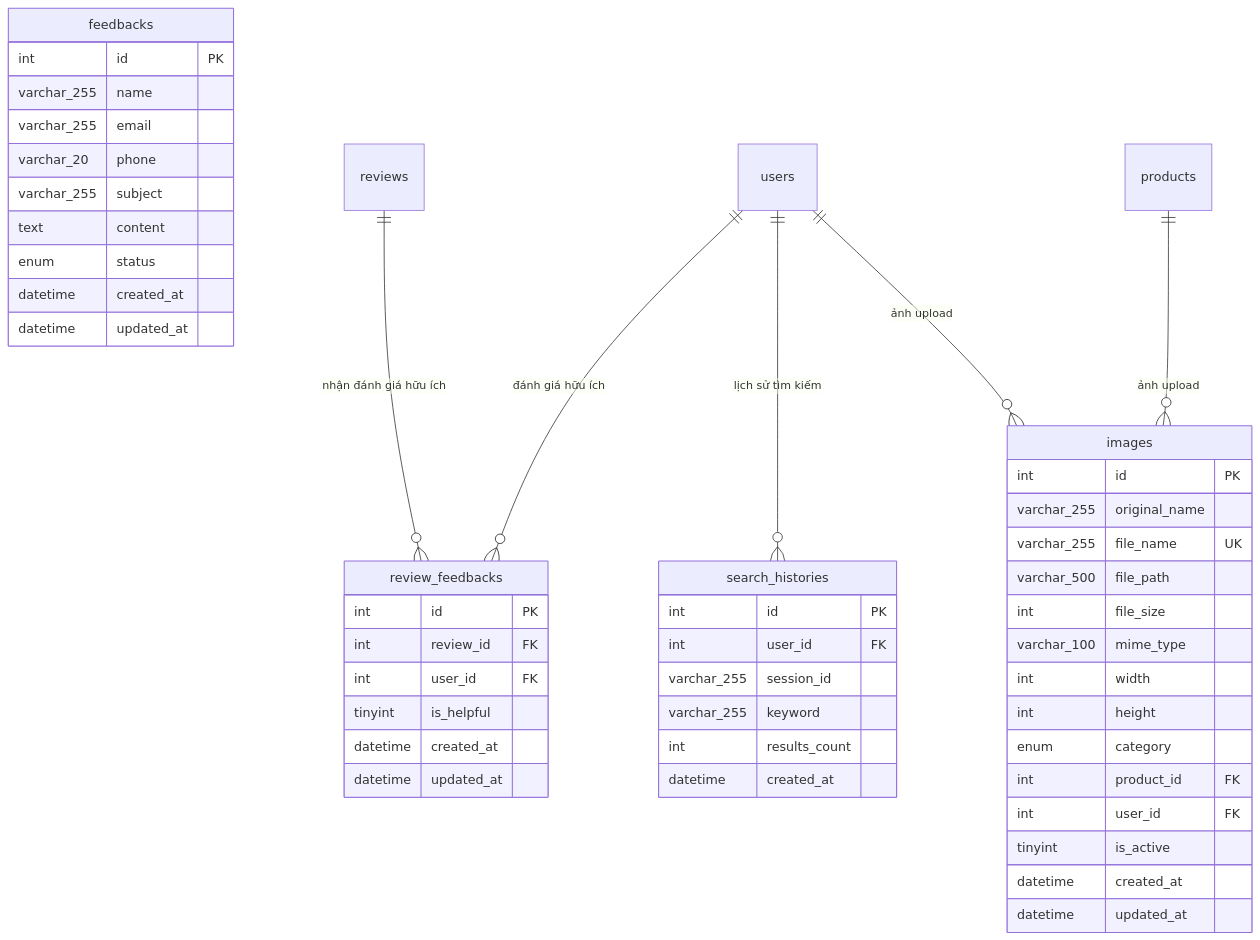
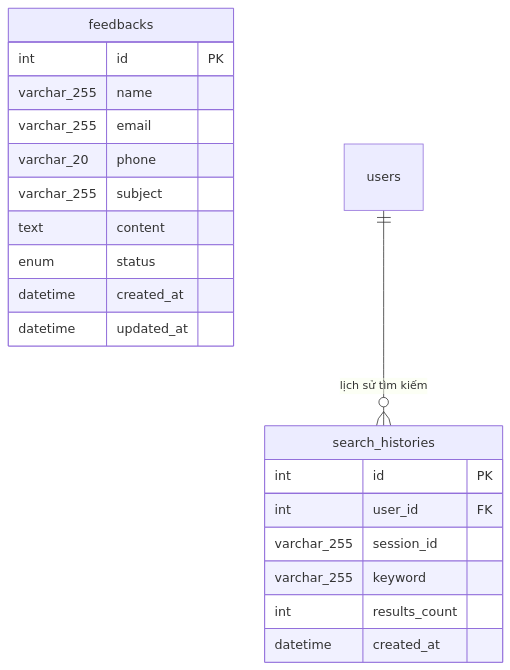
One commit to MinhThang1009/E-commerce-website changed diagram 35 of 47 in DIAGRAMS.md. Above: the diagram before and after it, drawn with Mermaid. The commit also changed other lines of this file and 67 other files, not shown here.

````diff
--- a/DIAGRAMS.md
+++ b/DIAGRAMS.md
@@ -1163,55 +1507,25 @@
 ```mermaid
 erDiagram
     feedbacks {
         int id PK
         varchar_255 name
         varchar_255 email
         varchar_20 phone
         varchar_255 subject
         text content
         enum status
         datetime created_at
         datetime updated_at
     }
 
-    review_feedbacks {
-        int id PK
-        int review_id FK
-        int user_id FK
-        tinyint is_helpful
-        datetime created_at
-        datetime updated_at
-    }
-
     search_histories {
         int id PK
         int user_id FK
         varchar_255 session_id
         varchar_255 keyword
         int results_count
         datetime created_at
     }
 
-    images {
-        int id PK
-        varchar_255 original_name
-        varchar_255 file_name UK
-        varchar_500 file_path
-        int file_size
-        varchar_100 mime_type
-        int width
-        int height
-        enum category
-        int product_id FK
-        int user_id FK
-        tinyint is_active
-        datetime created_at
-        datetime updated_at
-    }
-
-    reviews ||--o{ review_feedbacks : "nhận đánh giá hữu ích"
-    users ||--o{ review_feedbacks : "đánh giá hữu ích"
     users ||--o{ search_histories : "lịch sử tìm kiếm"
-    products ||--o{ images : "ảnh upload"
-    users ||--o{ images : "ảnh upload"
 ```
````
